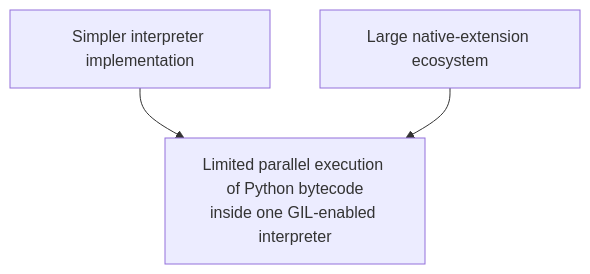
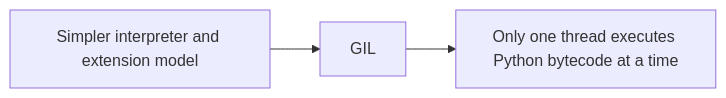
Before and after one commit to AvadhBhalodiya/Interview-Preparation: the second of 3 diagrams in src/content/python/gil.md, drawn with Mermaid. The commit also changed other lines of this file and 80 other files, not shown here.

````diff
--- a/src/content/python/gil.md
+++ b/src/content/python/gil.md
@@ -162,5 +104,6 @@
 ```mermaid
-flowchart TD
-    A[Simpler interpreter implementation] --> C[Limited parallel execution of Python bytecode<br/>inside one GIL-enabled interpreter]
-    B[Large native-extension ecosystem] --> C
+flowchart LR
+    A[Simpler interpreter and extension model]
+    A --> B[GIL]
+    B --> C[Only one thread executes Python bytecode at a time]
 ```
````
